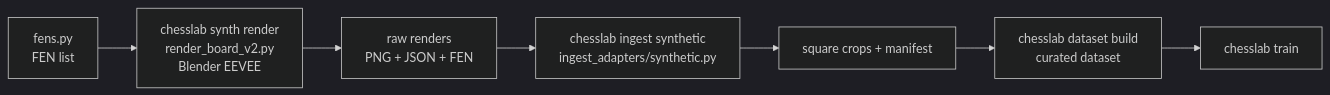
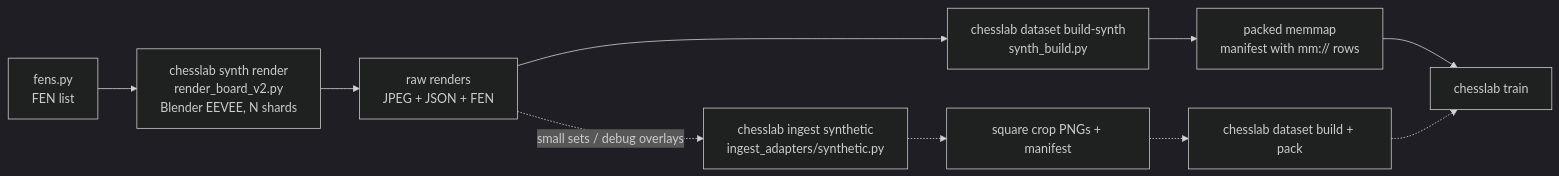
The diagram in docs/synth-pipeline.md (Kloggzer/chess-vision), drawn with Mermaid (dark theme) before and after one commit. The commit also changed other lines of this file and 4 other files, not shown here.

First line of the commit message:
docs: catch the synth docs up to the fused build-synth pipeline

````diff
--- a/docs/synth-pipeline.md
+++ b/docs/synth-pipeline.md
@@ -10,9 +12,12 @@
 ```mermaid
 flowchart LR
-    FEN[fens.py<br/>FEN list] --> RENDER[chesslab synth render<br/>render_board_v2.py<br/>Blender EEVEE]
-    RENDER --> RAW[raw renders<br/>PNG + JSON + FEN]
-    RAW --> INGEST[chesslab ingest synthetic<br/>ingest_adapters/synthetic.py]
-    INGEST --> CROPS[square crops + manifest]
-    CROPS --> DATASET[chesslab dataset build<br/>curated dataset]
-    DATASET --> TRAIN[chesslab train]
+    FEN[fens.py<br/>FEN list] --> RENDER[chesslab synth render<br/>render_board_v2.py<br/>Blender EEVEE, N shards]
+    RENDER --> RAW[raw renders<br/>JPEG + JSON + FEN]
+    RAW --> FUSE[chesslab dataset build-synth<br/>synth_build.py]
+    FUSE --> PACKED[packed memmap<br/>manifest with mm:// rows]
+    PACKED --> TRAIN[chesslab train]
+    RAW -. small sets / debug overlays .-> INGEST[chesslab ingest synthetic<br/>ingest_adapters/synthetic.py]
+    INGEST -.-> CROPS[square crop PNGs + manifest]
+    CROPS -.-> DATASET[chesslab dataset build + pack]
+    DATASET -.-> TRAIN
 ```
````
